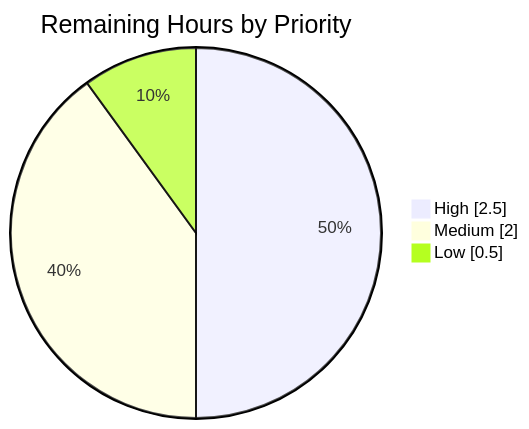
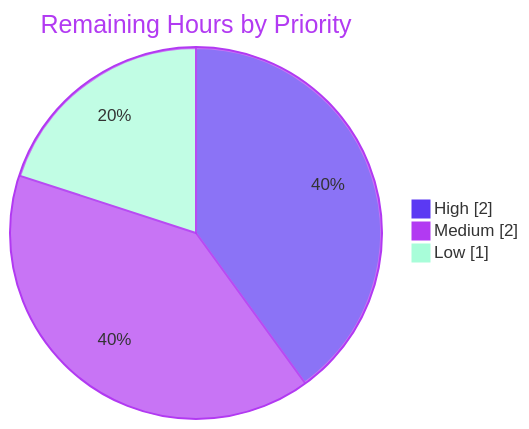
One commit to ajitblitzy/Ajit_GH_Repo-12-Mar-26 changed the third of 3 diagrams in blitzy/documentation/Project Guide.md. Above: the diagram before and after it, drawn with Mermaid. The commit also changed other lines of this file, not shown here.

````diff
--- a/blitzy/documentation/Project Guide.md
+++ b/blitzy/documentation/Project Guide.md
@@ -212,6 +219,7 @@
 ```mermaid
+%%{init: {"theme": "base", "themeVariables": {"pie1": "#5B39F3", "pie2": "#B23AF2", "pie3": "#A8FDD9", "pieStrokeColor": "#B23AF2", "pieOuterStrokeColor": "#B23AF2", "pieTitleTextColor": "#B23AF2"}}}%%
 pie showData title Remaining Hours by Priority
-    "High" : 2.5
+    "High" : 2
     "Medium" : 2
-    "Low" : 0.5
+    "Low" : 1
 ```
````
